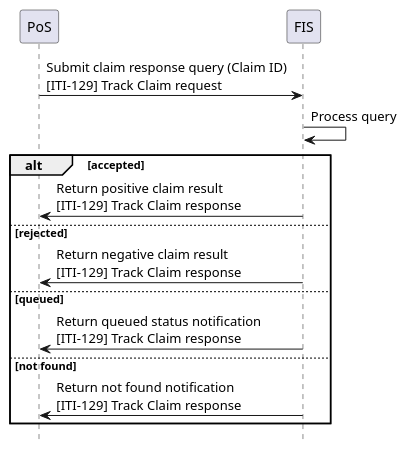
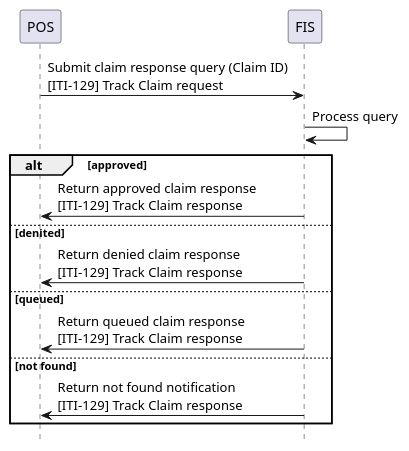
Before and after one commit to IHE/ITI.Finance: the diagram in input/images-source/usecase6-processflow.plantuml, drawn with PlantUML. The commit also changed 8 other files, not shown here.

```diff
--- a/input/images-source/usecase6-processflow.plantuml
+++ b/input/images-source/usecase6-processflow.plantuml
@@ -1,21 +1,21 @@
 @startuml
 skinparam svgDimensionStyle false
 hide footbox
 
-participant PoS
+participant POS
 participant FIS
 
-PoS -> FIS: Submit claim response query (Claim ID)\n&#91;ITI-129&#93; Track Claim request
+POS -> FIS: Submit claim response query (Claim ID)\n&#91;ITI-129&#93; Track Claim request
 FIS -> FIS: Process query
 
-alt accepted
-	FIS -> PoS: Return positive claim result\n&#91;ITI-129&#93; Track Claim response
-else rejected
-	FIS -> PoS: Return negative claim result\n&#91;ITI-129&#93; Track Claim response
+alt approved
+	FIS -> POS: Return approved claim response\n&#91;ITI-129&#93; Track Claim response
+else denited
+	FIS -> POS: Return denied claim response\n&#91;ITI-129&#93; Track Claim response
 else queued
-	FIS -> PoS: Return queued status notification\n&#91;ITI-129&#93; Track Claim response
+	FIS -> POS: Return queued claim response\n&#91;ITI-129&#93; Track Claim response
 else not found
-	FIS -> PoS: Return not found notification\n&#91;ITI-129&#93; Track Claim response
+	FIS -> POS: Return not found notification\n&#91;ITI-129&#93; Track Claim response
 end
 
 @enduml
```
